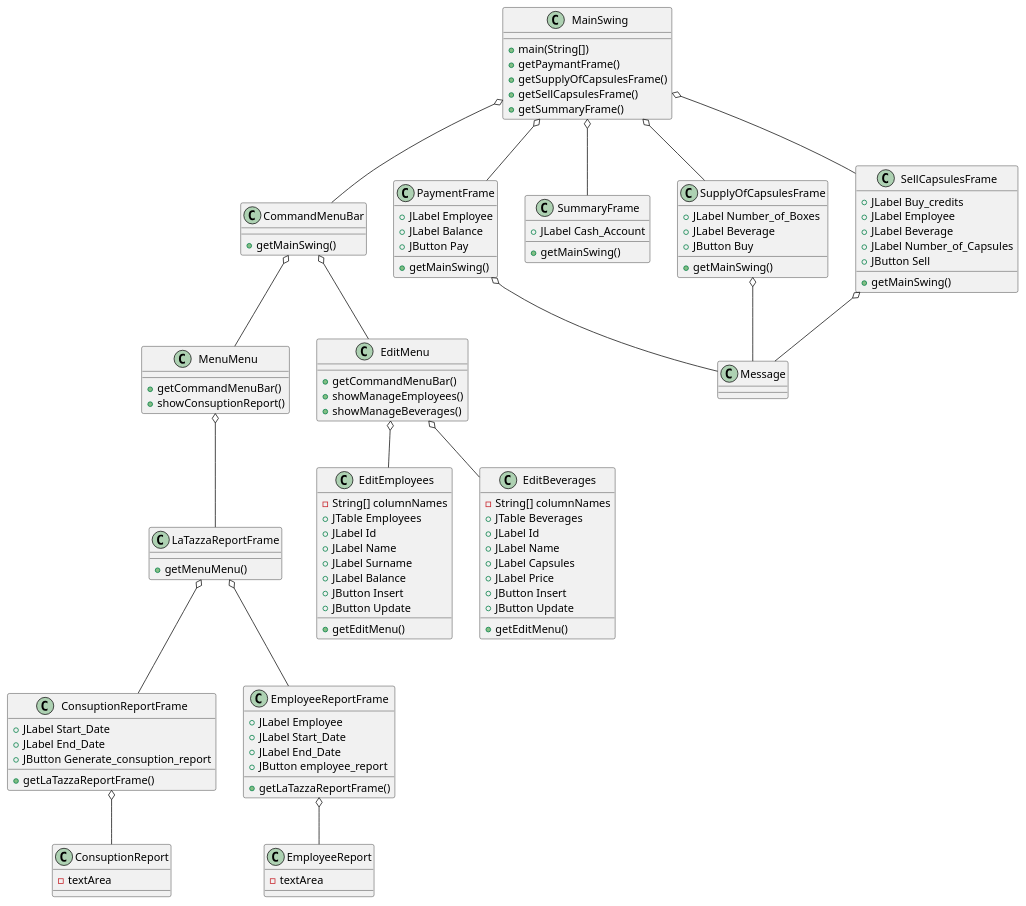
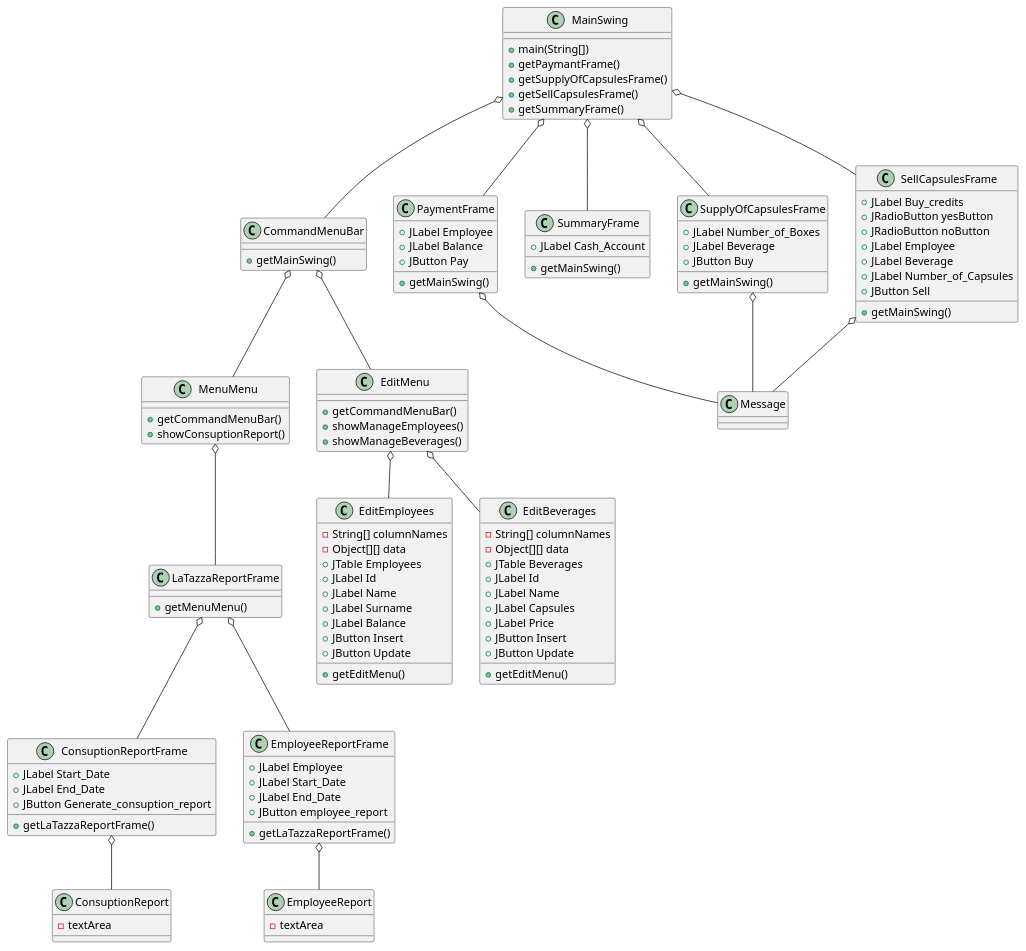
One commit to salvatore-dimartino/LaTazza changed the fifth of 7 diagrams in templates/DesignDocumentTemplate.md. Above: the diagram before and after it, drawn with PlantUML.

```diff
--- a/templates/DesignDocumentTemplate.md
+++ b/templates/DesignDocumentTemplate.md
@@ -333,6 +333,8 @@
 
 class SellCapsulesFrame {
     +JLabel Buy_credits
+    +JRadioButton yesButton
+    +JRadioButton noButton
     +JLabel Employee
     +JLabel Beverage
     +JLabel Number_of_Capsules
@@ -342,6 +344,7 @@
 
 class EditEmployees {
     -String[] columnNames
+    -Object[][] data
     +JTable Employees
     +JLabel Id
     +JLabel Name
@@ -354,6 +357,7 @@
 
 class EditBeverages {
     -String[] columnNames
+    -Object[][] data
     +JTable Beverages
     +JLabel Id
     +JLabel Name
```
